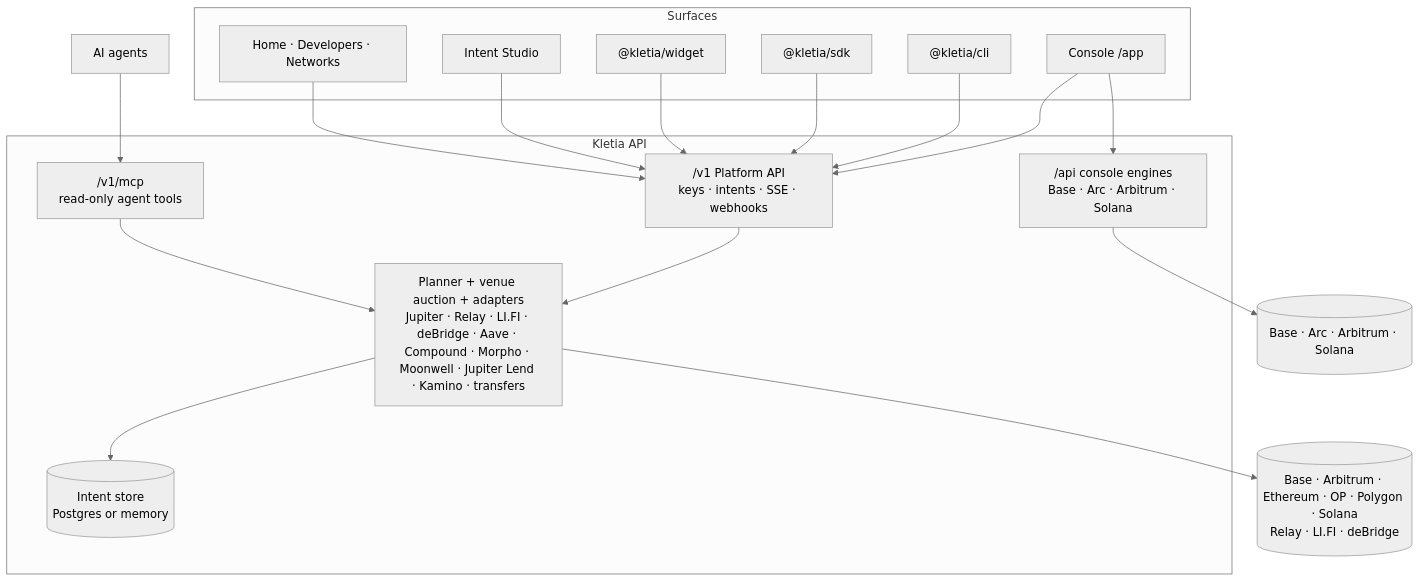
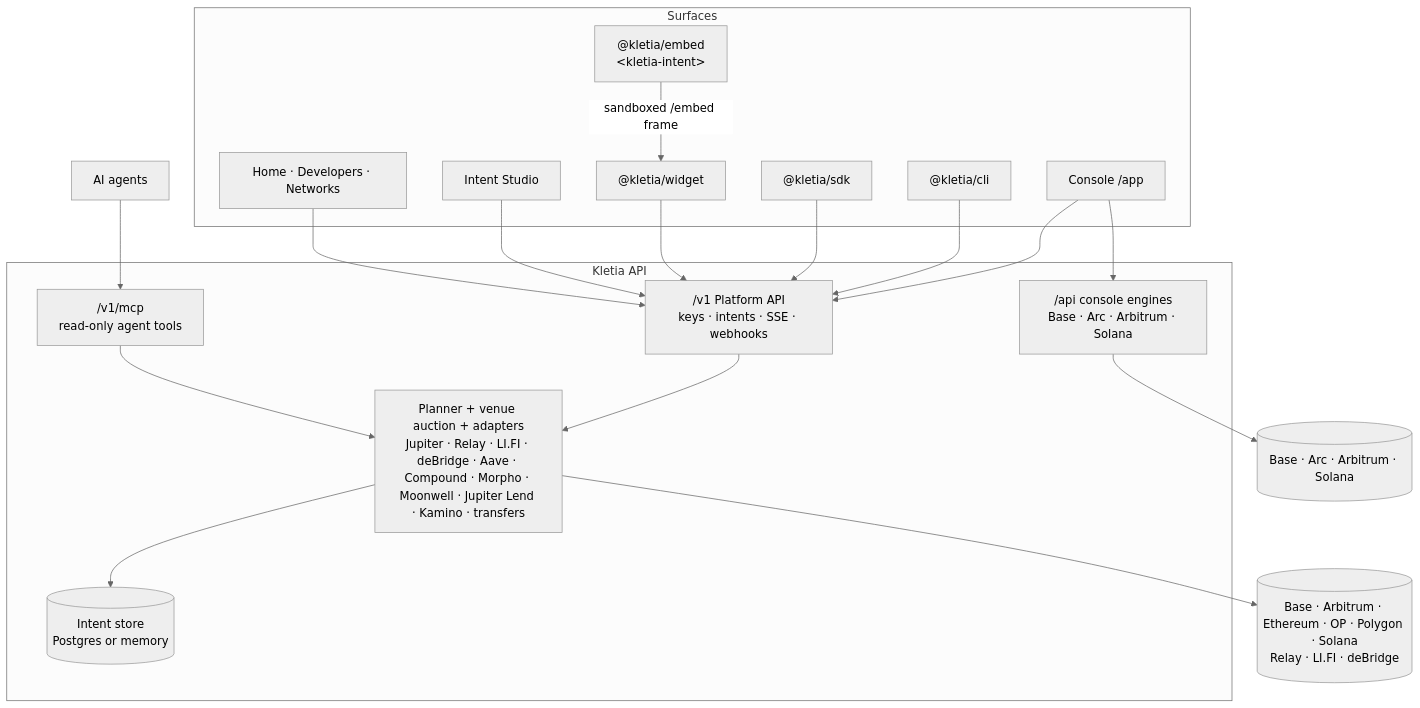
Before and after one commit to furkan3152/Kletia: the second of 2 diagrams in README.md, drawn with Mermaid (neutral theme). The commit also changed other lines of this file and 49 other files, not shown here.

````diff
--- a/README.md
+++ b/README.md
@@ -145,25 +232,27 @@
 ```mermaid
 flowchart TB
     subgraph Surfaces
       Site[Home · Developers · Networks]
       Console[Console /app]
       Studio[Intent Studio]
       Widget["@kletia/widget"]
+      Embed["@kletia/embed<br/>&lt;kletia-intent&gt;"]
       SDK["@kletia/sdk"]
       CLI["@kletia/cli"]
     end
     subgraph API[Kletia API]
       V1["/v1 Platform API<br/>keys · intents · SSE · webhooks"]
       MCP["/v1/mcp<br/>read-only agent tools"]
       Engine[Planner + venue auction + adapters<br/>Jupiter · Relay · LI.FI · deBridge · Aave · Compound · Morpho · Moonwell · Jupiter Lend · Kamino · transfers]
       Store[(Intent store<br/>Postgres or memory)]
       AppApi["/api console engines<br/>Base · Arc · Arbitrum · Solana"]
     end
+    Embed -->|"sandboxed /embed frame"| Widget
     Site & Studio & Widget & SDK & CLI --> V1
     Agents[AI agents] --> MCP --> Engine
     Console --> V1
     Console --> AppApi
     V1 --> Engine --> Store
     Engine --> Chains[(Base · Arbitrum · Ethereum · OP · Polygon · Solana<br/>Relay · LI.FI · deBridge)]
     AppApi --> Chains2[(Base · Arc · Arbitrum · Solana)]
 ```
````
